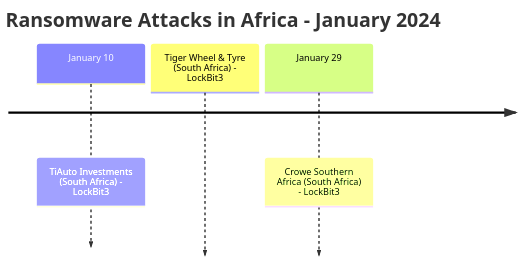
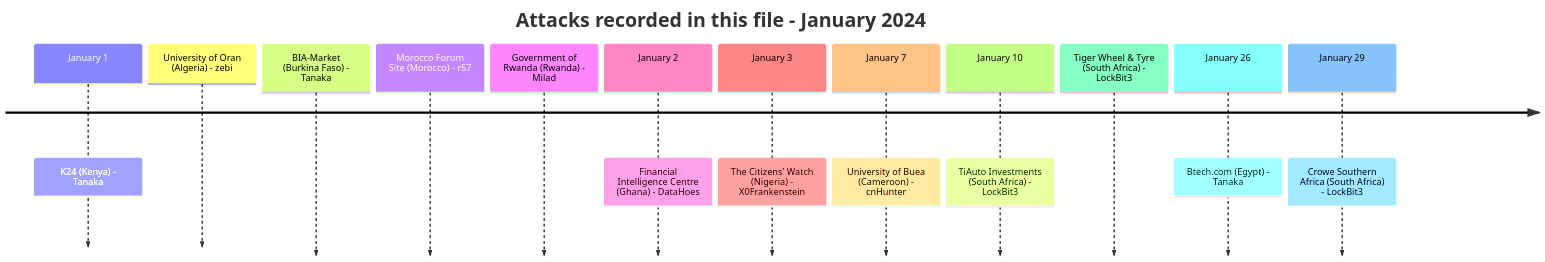
Before and after one commit to Hatchepsoute/AFRINTEL: the first of 4 diagrams in CyberAttackAfrica/2024/01-january/README.md, drawn with Mermaid. The commit also changed other lines of this file and 255 other files, not shown here.

````diff
--- a/CyberAttackAfrica/2024/01-january/README.md
+++ b/CyberAttackAfrica/2024/01-january/README.md
@@ -34,7 +44,16 @@
 ```mermaid
 timeline
-    title Ransomware Attacks in Africa - January 2024
+    title Attacks recorded in this file - January 2024
+    January 1 : K24 (Kenya) - Tanaka
+                University of Oran (Algeria) - zebi
+                BIA-Market (Burkina Faso) - Tanaka
+                Morocco Forum Site (Morocco) - r57
+                Government of Rwanda (Rwanda) - Milad
+    January 2 : Financial Intelligence Centre (Ghana) - DataHoes
+    January 3 : The Citizens' Watch (Nigeria) - X0Frankenstein
+    January 7 : University of Buea (Cameroon) - cnHunter
     January 10 : TiAuto Investments (South Africa) - LockBit3
                  Tiger Wheel & Tyre (South Africa) - LockBit3
+    January 26 : Btech.com (Egypt) - Tanaka
     January 29 : Crowe Southern Africa (South Africa) - LockBit3
 ```
````
